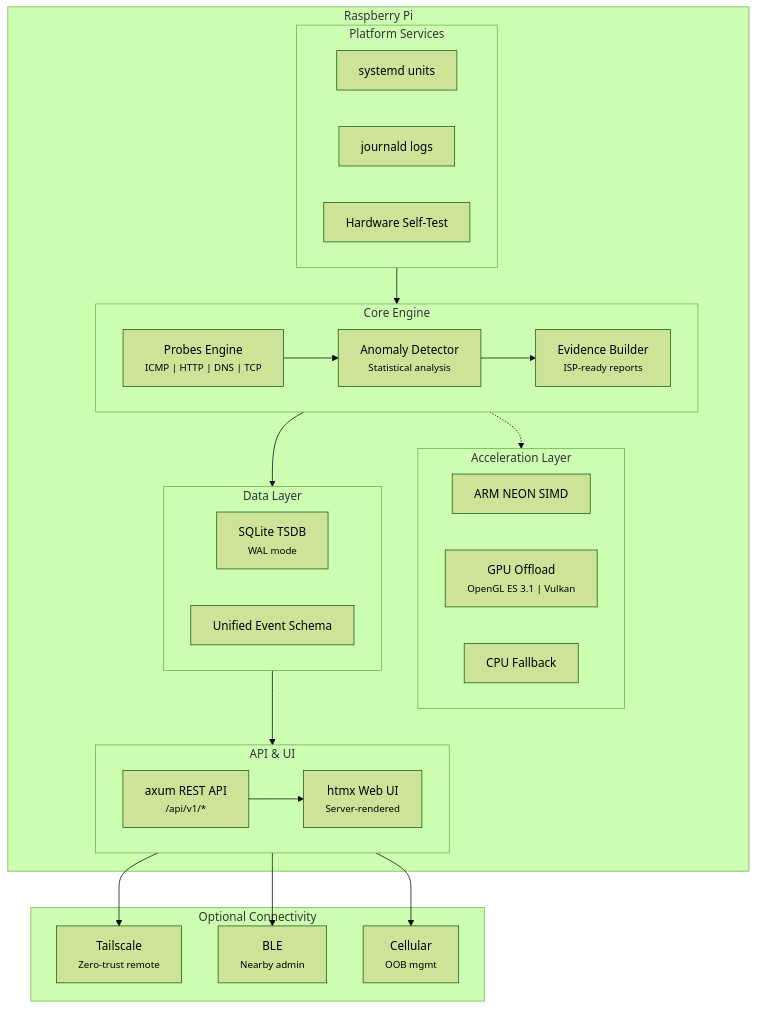
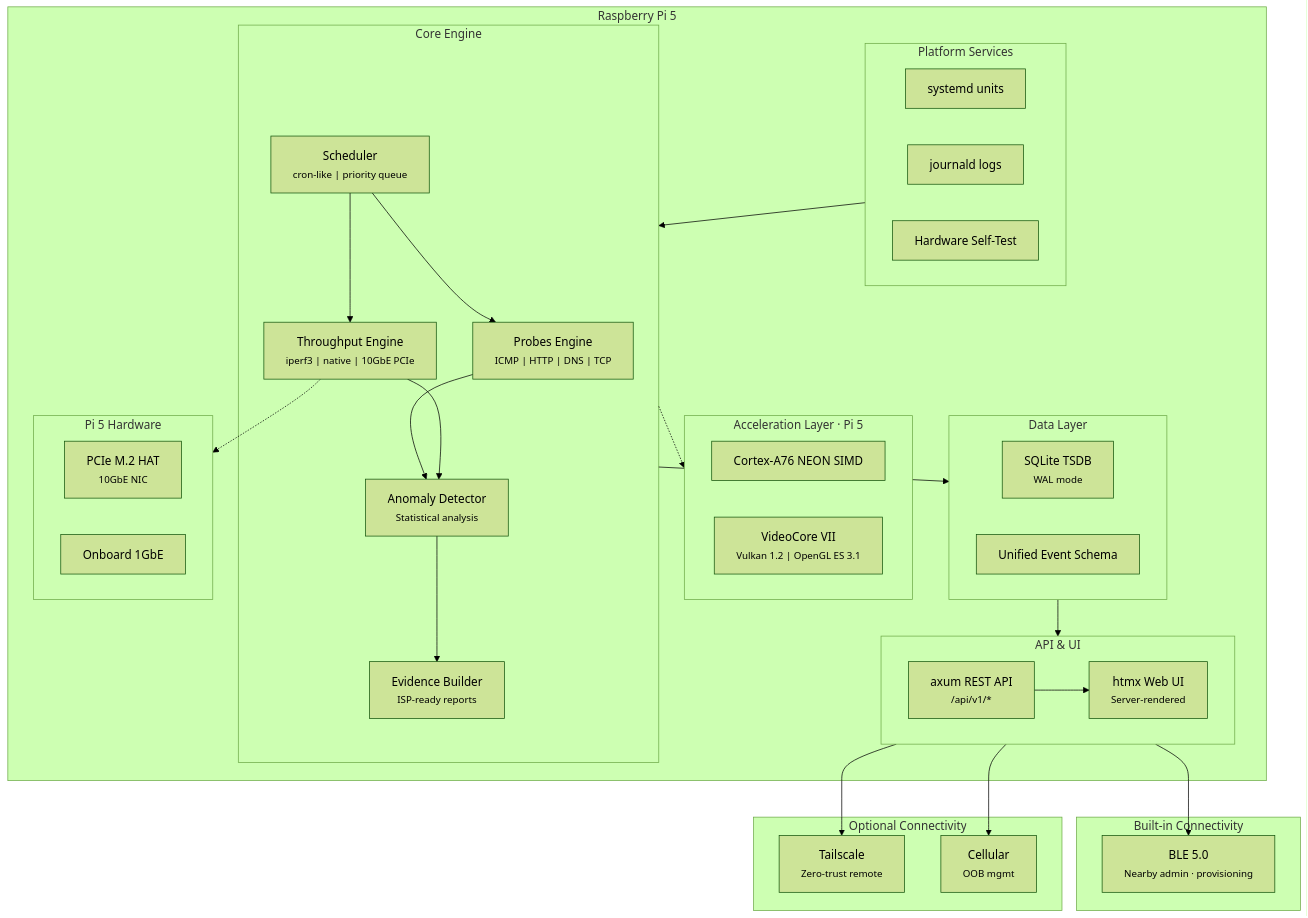
One commit to ParkWardRR/PacketParamedic changed the first of 3 diagrams in README.md. Above: the diagram before and after it, drawn with Mermaid (forest theme). The commit also changed other lines of this file and 2 other files, not shown here.

First line of the commit message:
Make BLE core, not optional (Pi 5 built-in BT 5.0) (#4)

````diff
--- a/README.md
+++ b/README.md
@@ -51,49 +61,63 @@
 ```mermaid
 graph TB
-    subgraph RaspberryPi["Raspberry Pi"]
+    subgraph RaspberryPi["Raspberry Pi 5"]
         subgraph Core["Core Engine"]
             Probes["Probes Engine<br/><small>ICMP | HTTP | DNS | TCP</small>"]
+            Throughput["Throughput Engine<br/><small>iperf3 | native | 10GbE PCIe</small>"]
+            Scheduler["Scheduler<br/><small>cron-like | priority queue</small>"]
             Detect["Anomaly Detector<br/><small>Statistical analysis</small>"]
             Evidence["Evidence Builder<br/><small>ISP-ready reports</small>"]
-            Probes --> Detect --> Evidence
+            Scheduler --> Probes
+            Scheduler --> Throughput
+            Probes --> Detect
+            Throughput --> Detect
+            Detect --> Evidence
         end
 
-        subgraph Accel["Acceleration Layer"]
-            NEON["ARM NEON SIMD"]
-            GPU["GPU Offload<br/><small>OpenGL ES 3.1 | Vulkan</small>"]
-            Fallback["CPU Fallback"]
+        subgraph Accel["Acceleration Layer · Pi 5"]
+            NEON["Cortex-A76 NEON SIMD"]
+            GPU["VideoCore VII<br/><small>Vulkan 1.2 | OpenGL ES 3.1</small>"]
         end
 
         subgraph Data["Data Layer"]
             SQLite["SQLite TSDB<br/><small>WAL mode</small>"]
             Schema["Unified Event Schema"]
         end
 
         subgraph API["API & UI"]
             Axum["axum REST API<br/><small>/api/v1/*</small>"]
             HTMX["htmx Web UI<br/><small>Server-rendered</small>"]
             Axum --> HTMX
         end
 
         subgraph Platform["Platform Services"]
             Systemd["systemd units"]
             Journald["journald logs"]
             Selftest["Hardware Self-Test"]
         end
 
+        subgraph HW["Pi 5 Hardware"]
+            PCIe["PCIe M.2 HAT<br/><small>10GbE NIC</small>"]
+            Onboard["Onboard 1GbE"]
+        end
+
         Core --> Data
         Core -.-> Accel
         Data --> API
         Platform --> Core
+        Throughput -.-> HW
+    end
+
+    subgraph Builtin["Built-in Connectivity"]
+        BLE["BLE 5.0<br/><small>Nearby admin · provisioning</small>"]
     end
 
     subgraph Optional["Optional Connectivity"]
         Tailscale["Tailscale<br/><small>Zero-trust remote</small>"]
-        BLE["BLE<br/><small>Nearby admin</small>"]
         Cellular["Cellular<br/><small>OOB mgmt</small>"]
     end
 
+    API --> BLE
     API --> Tailscale
-    API --> BLE
     API --> Cellular
 ```
````
